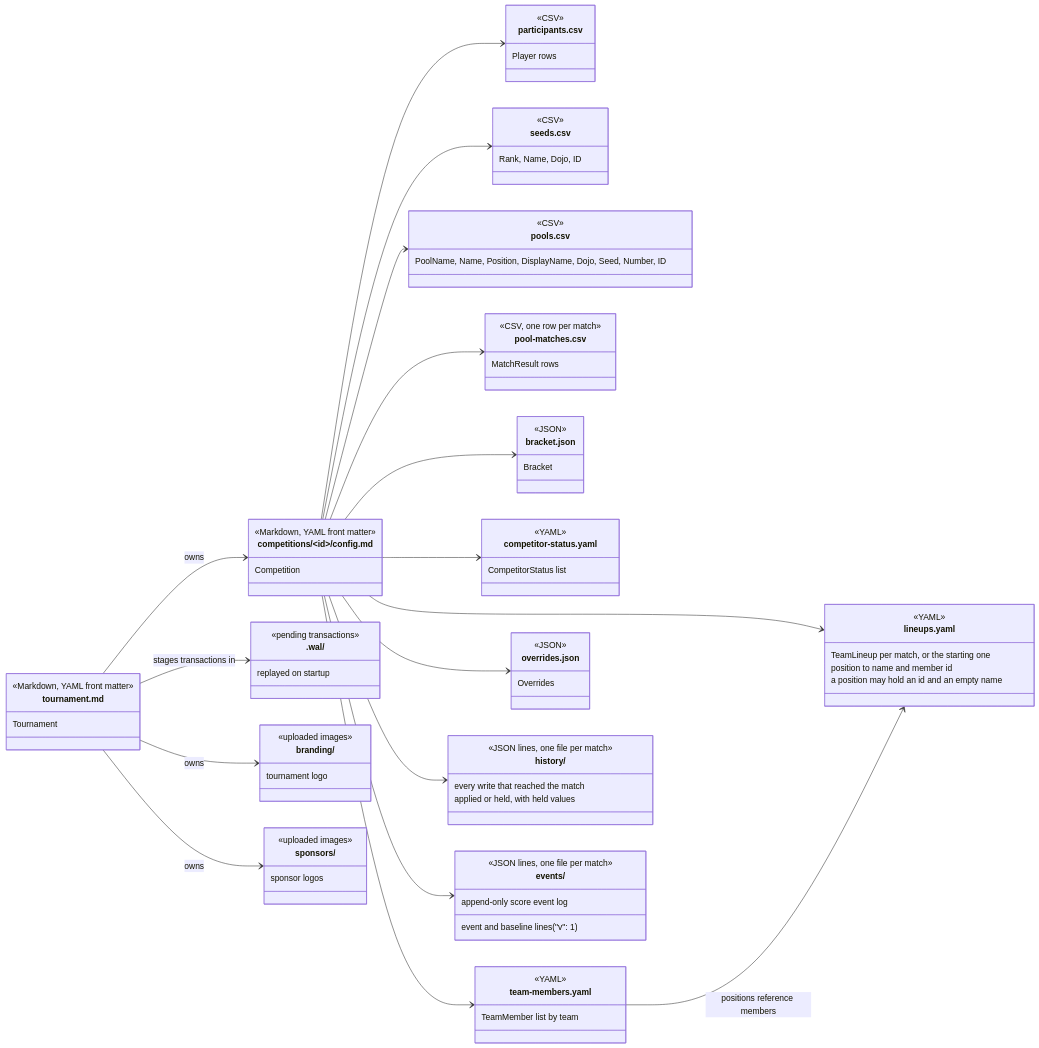
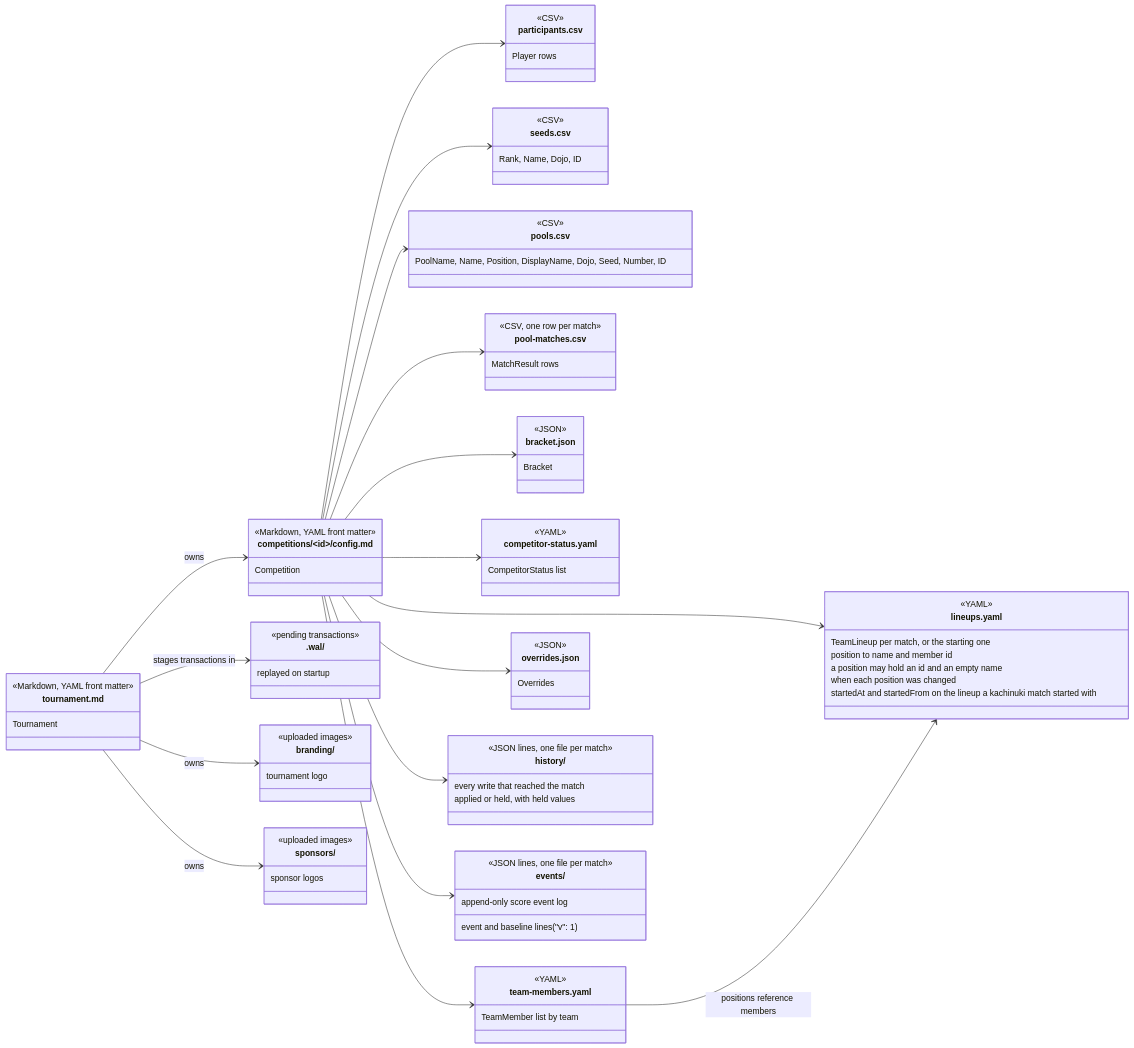
One commit to gitrgoliveira/bracket-creator changed the third of 4 diagrams in docs/architecture/data-model.md. Above: the diagram before and after it, drawn with Mermaid. The commit also changed other lines of this file and 4 other files, not shown here.

First line of the commit message:
docs(bc-evts): stage 6, bout 1 follows the match's own lineup, which is kept only at its start and never carried

```diff
--- a/docs/architecture/data-model.md
+++ b/docs/architecture/data-model.md
@@ -500,6 +514,8 @@
         TeamLineup per match, or the starting one
         position to name and member id
         a position may hold an id and an empty name
+        when each position was changed
+        startedAt and startedFrom on the lineup a kachinuki match started with
     }
     class team_members_yaml["team-members.yaml"] {
         <<YAML>>
```
